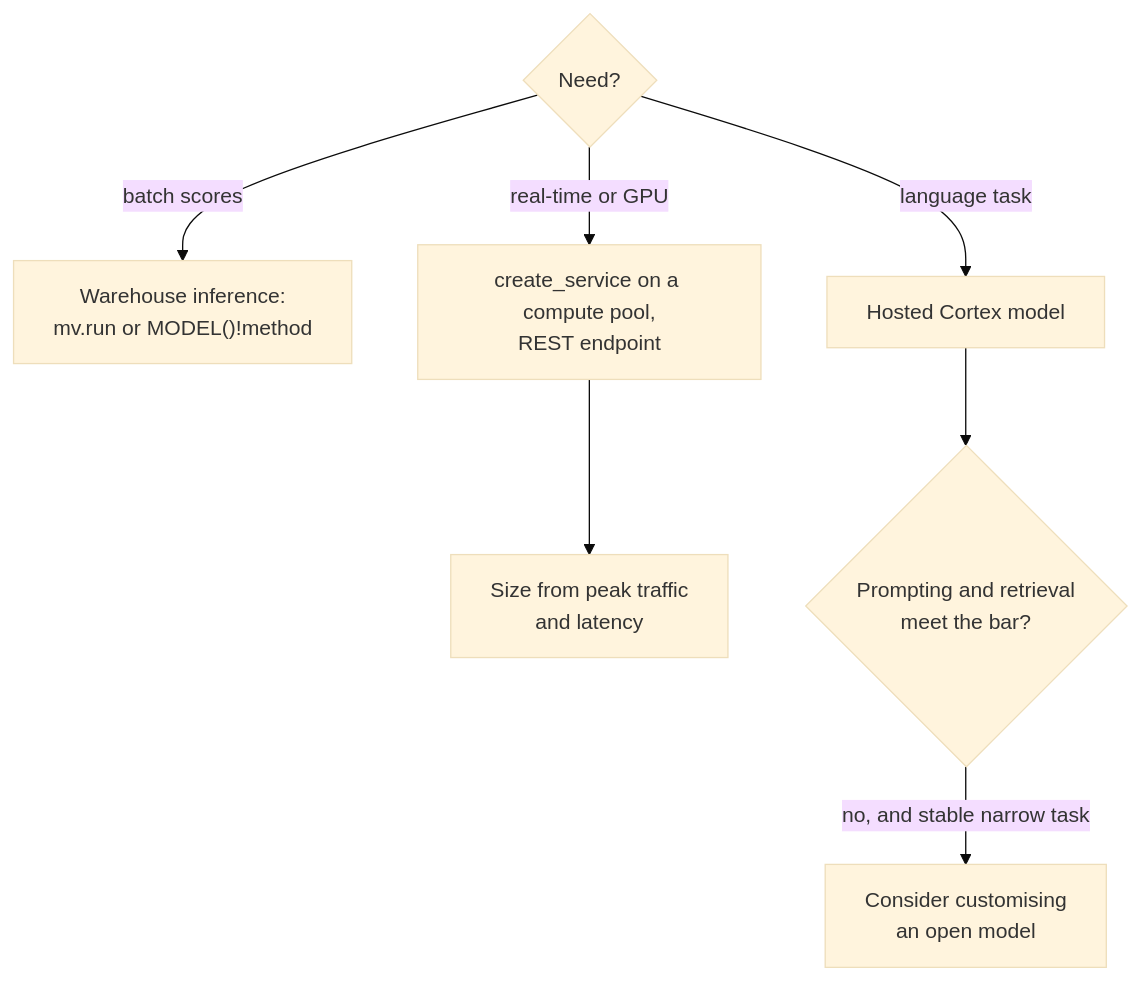
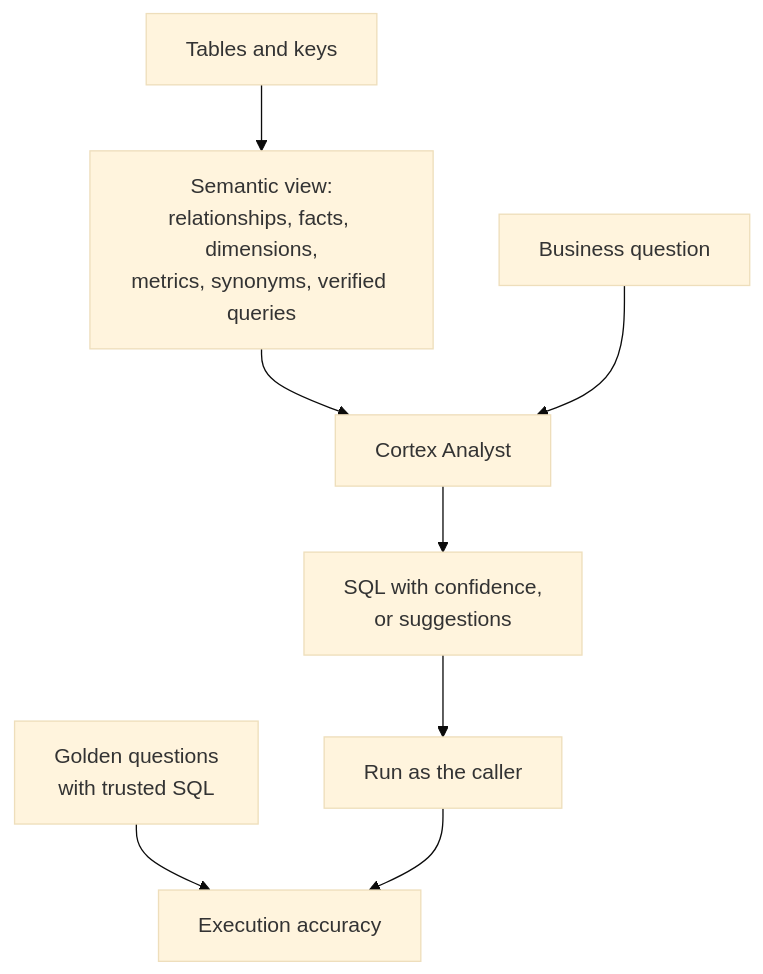
Before and after one commit to Abhi4972/AI-From-Zero-to-Hero: the diagram in data/diagrams/a3316.mmd, drawn with Mermaid (base theme). The commit also changed 74 other files, not shown here.

```diff
--- a/data/diagrams/a3316.mmd
+++ b/data/diagrams/a3316.mmd
@@ -1,8 +1,9 @@
-%% after: Three ways to serve
+%% after: The semantic view
 flowchart TD
-  M{"Need?"} -->|"batch scores"| WH["Warehouse inference:<br/>mv.run or MODEL()!method"]
-  M -->|"real-time or GPU"| SPCS["create_service on a compute pool,<br/>REST endpoint"]
-  M -->|"language task"| CX["Hosted Cortex model"]
-  SPCS --> SZ["Size from peak traffic<br/>and latency"]
-  CX --> CU{"Prompting and retrieval<br/>meet the bar?"}
-  CU -->|"no, and stable narrow task"| TRN["Consider customising<br/>an open model"]
+  T["Tables and keys"] --> SV["Semantic view:<br/>relationships, facts, dimensions,<br/>metrics, synonyms, verified queries"]
+  SV --> AN["Cortex Analyst"]
+  Q["Business question"] --> AN
+  AN --> SQL["SQL with confidence,<br/>or suggestions"]
+  SQL --> EX["Run as the caller"]
+  GS["Golden questions<br/>with trusted SQL"] --> EA["Execution accuracy"]
+  EX --> EA
```
